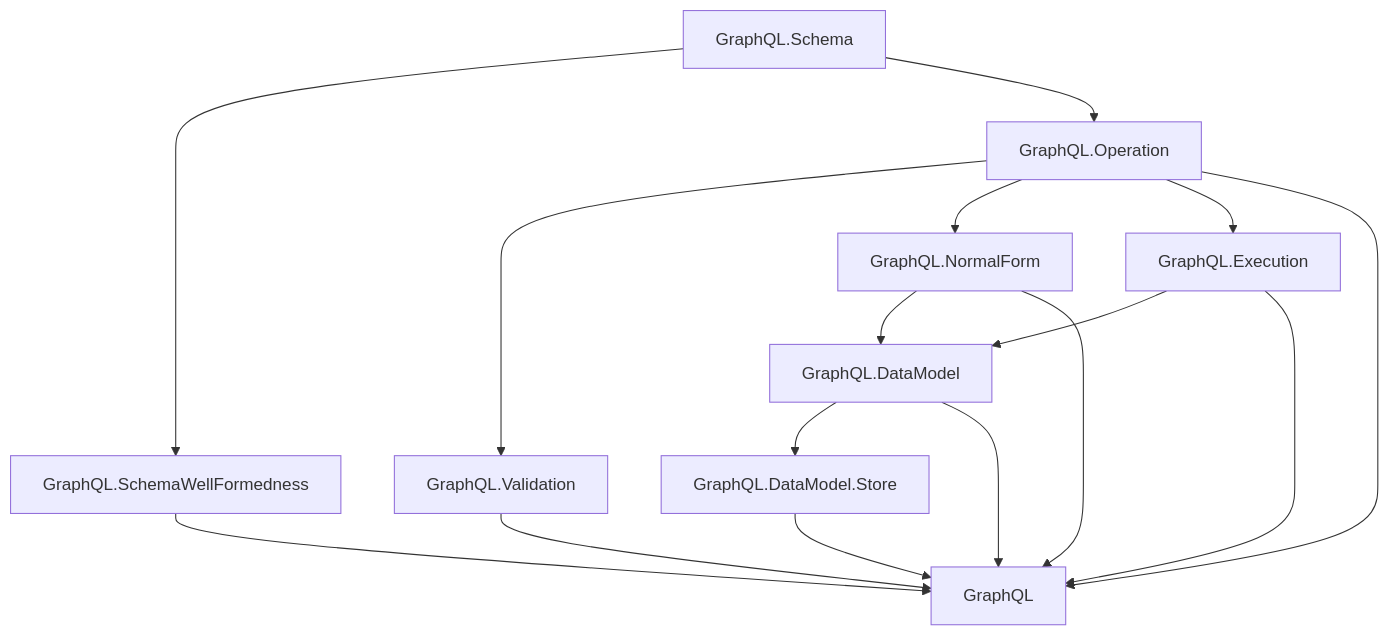
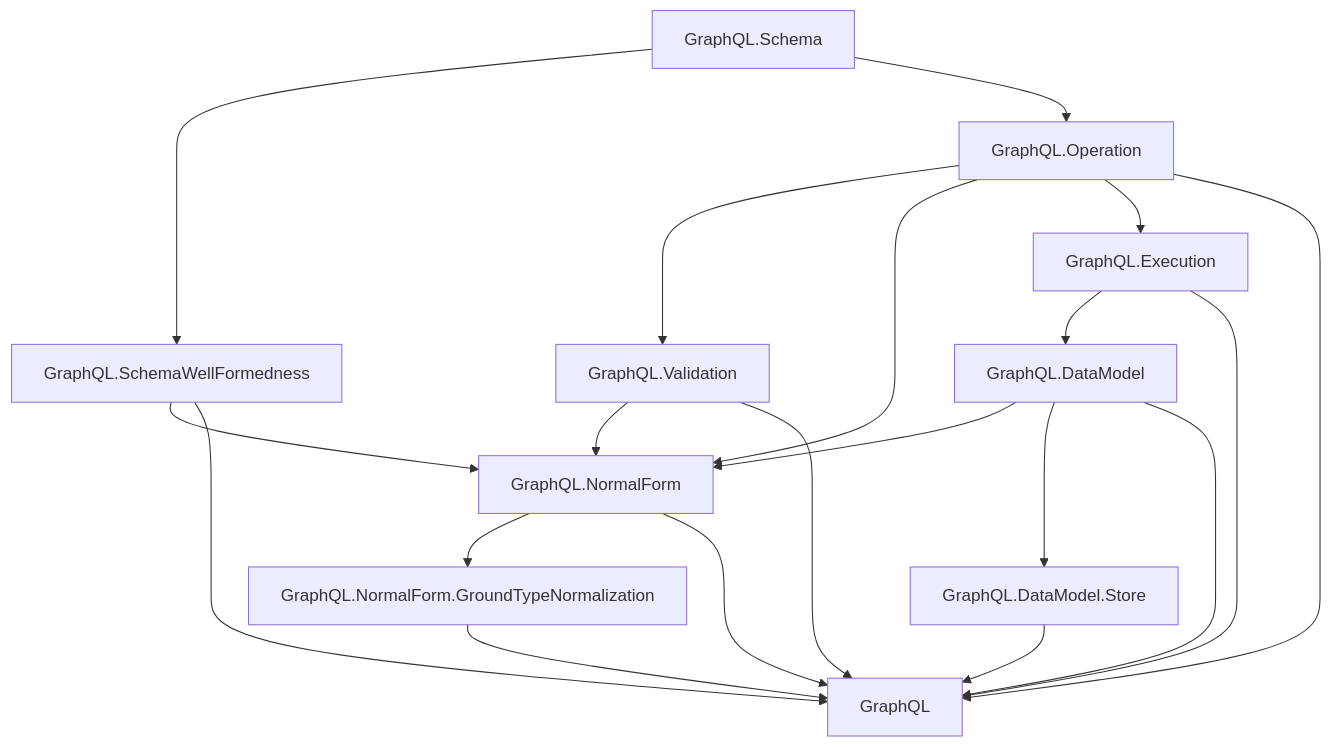
The diagram in docs/overview.md (duckki/GraphQL.lean), drawn with Mermaid before and after one commit. The commit also changed other lines of this file and 5 other files, not shown here.

Commit message:
Organize ground normal form proof module

````diff
--- a/docs/overview.md
+++ b/docs/overview.md
@@ -11,29 +11,34 @@
 ```mermaid
 flowchart TD
   Schema["GraphQL.Schema"]
   SchemaWF["GraphQL.SchemaWellFormedness"]
   Operation["GraphQL.Operation"]
   Validation["GraphQL.Validation"]
   NormalForm["GraphQL.NormalForm"]
+  NormalFormGround["GraphQL.NormalForm.GroundTypeNormalization"]
   Execution["GraphQL.Execution"]
   DataModel["GraphQL.DataModel"]
   DataModelStore["GraphQL.DataModel.Store"]
   GraphQLRoot["GraphQL"]
 
   Schema --> SchemaWF
   Schema --> Operation
   Operation --> Validation
   Operation --> NormalForm
   Operation --> Execution
   Execution --> DataModel
-  NormalForm --> DataModel
+  SchemaWF --> NormalForm
+  Validation --> NormalForm
+  DataModel --> NormalForm
+  NormalForm --> NormalFormGround
   DataModel --> DataModelStore
 
   SchemaWF --> GraphQLRoot
   Operation --> GraphQLRoot
   Validation --> GraphQLRoot
   NormalForm --> GraphQLRoot
+  NormalFormGround --> GraphQLRoot
   Execution --> GraphQLRoot
   DataModel --> GraphQLRoot
   DataModelStore --> GraphQLRoot
 ```
````
